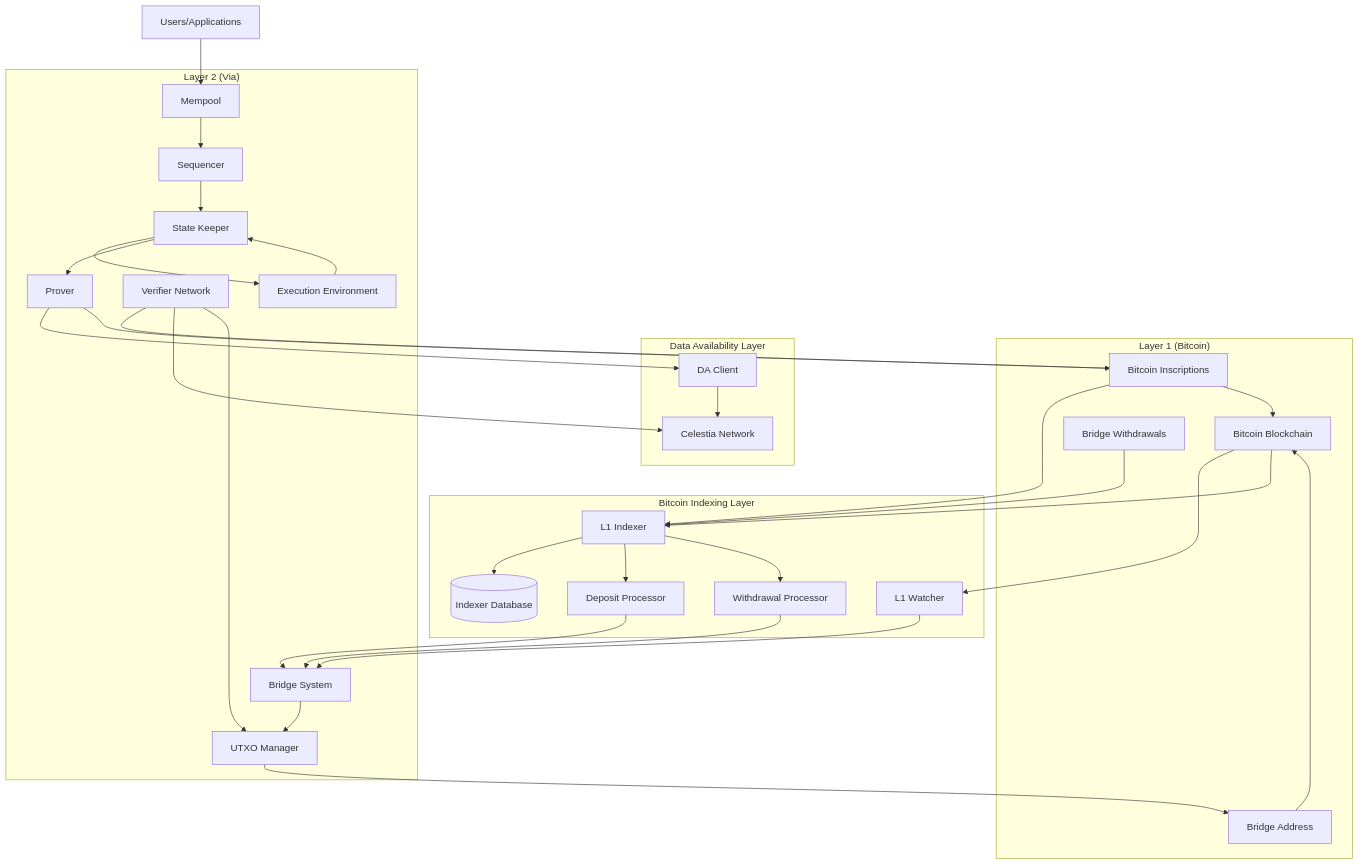
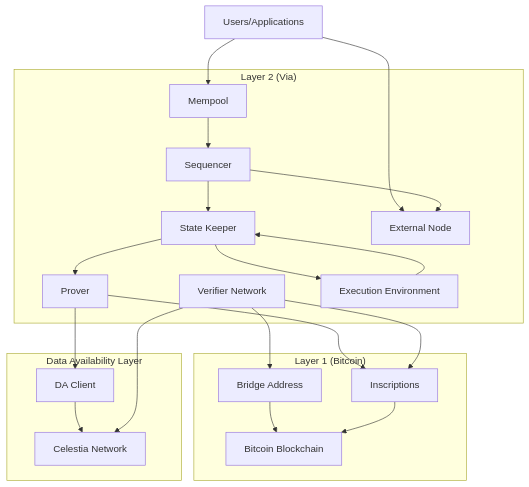
One commit to romanornr/via-core-docs changed the first of 4 diagrams in architecture_overview.md. Above: the diagram before and after it, drawn with Mermaid. The commit also changed other lines of this file and 15 other files, not shown here.

````diff
--- a/architecture_overview.md
+++ b/architecture_overview.md
@@ -21,60 +15,40 @@
 ```mermaid
 graph TB
     subgraph "Layer 1 (Bitcoin)"
         BTC[Bitcoin Blockchain]
-        Inscriptions[Bitcoin Inscriptions]
+        Inscriptions[Inscriptions]
         BTCBridge[Bridge Address]
-        BridgeWithdrawals[Bridge Withdrawals]
     end
     
     subgraph "Data Availability Layer"
         Celestia[Celestia Network]
         DAClient[DA Client]
-    end
-    
-    subgraph "Bitcoin Indexing Layer"
-        L1Watcher[L1 Watcher]
-        L1Indexer[L1 Indexer]
-        IndexerDB[(Indexer Database)]
-        DepositProcessor[Deposit Processor]
-        WithdrawalProcessor[Withdrawal Processor]
     end
     
     subgraph "Layer 2 (Via)"
         Sequencer[Sequencer]
         Prover[Prover]
         VerifierNetwork[Verifier Network]
         StateKeeper[State Keeper]
         VM[Execution Environment]
         Mempool[Mempool]
-        Bridge[Bridge System]
-        UTXOManager[UTXO Manager]
+        ExternalNode[External Node]
     end
     
-    Users[Users/Applications] --> Mempool
-    BTC --> L1Watcher
-    BTC --> L1Indexer
-    Inscriptions --> L1Indexer
-    BridgeWithdrawals --> L1Indexer
-    L1Indexer --> IndexerDB
-    L1Indexer --> DepositProcessor
-    L1Indexer --> WithdrawalProcessor
-    DepositProcessor --> Bridge
-    WithdrawalProcessor --> Bridge
-    L1Watcher --> Bridge
-    Bridge --> UTXOManager
+    Users[Users/Applications] --> ExternalNode
+    Users --> Mempool
     Mempool --> Sequencer
+    Sequencer --> ExternalNode
     Sequencer --> StateKeeper
     StateKeeper --> VM
     VM --> StateKeeper
     StateKeeper --> Prover
     Prover --> DAClient
     Prover --> Inscriptions
     DAClient --> Celestia
     VerifierNetwork --> Inscriptions
     VerifierNetwork --> Celestia
-    VerifierNetwork --> UTXOManager
-    UTXOManager --> BTCBridge
+    VerifierNetwork --> BTCBridge
     BTCBridge --> BTC
     Inscriptions --> BTC
 ```
````
